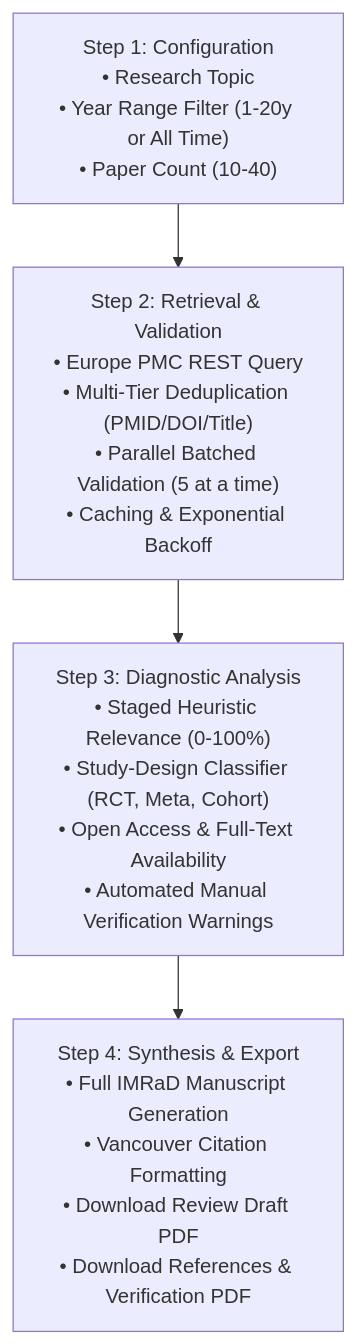
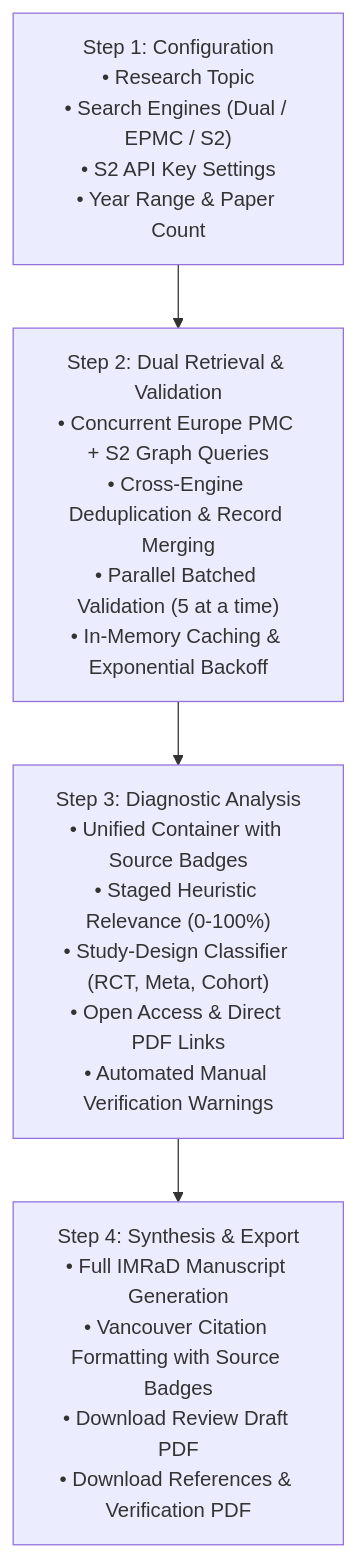
The diagram in README.md (roroleaks/scidraft-ai), drawn with Mermaid before and after one commit. The commit also changed other lines of this file and 1 other file, not shown here.

Commit message:
feat: integrate Semantic Scholar (S2) dual search engine and unified cross-engine container

````diff
--- a/README.md
+++ b/README.md
@@ -29,6 +32,6 @@
 ```mermaid
 flowchart TD
-    A["Step 1: Configuration<br/>• Research Topic<br/>• Year Range Filter (1-20y or All Time)<br/>• Paper Count (10-40)"] --> B["Step 2: Retrieval & Validation<br/>• Europe PMC REST Query<br/>• Multi-Tier Deduplication (PMID/DOI/Title)<br/>• Parallel Batched Validation (5 at a time)<br/>• Caching & Exponential Backoff"]
-    B --> C["Step 3: Diagnostic Analysis<br/>• Staged Heuristic Relevance (0-100%)<br/>• Study-Design Classifier (RCT, Meta, Cohort)<br/>• Open Access & Full-Text Availability<br/>• Automated Manual Verification Warnings"]
-    C --> D["Step 4: Synthesis & Export<br/>• Full IMRaD Manuscript Generation<br/>• Vancouver Citation Formatting<br/>• Download Review Draft PDF<br/>• Download References & Verification PDF"]
+    A["Step 1: Configuration<br/>• Research Topic<br/>• Search Engines (Dual / EPMC / S2)<br/>• S2 API Key Settings<br/>• Year Range & Paper Count"] --> B["Step 2: Dual Retrieval & Validation<br/>• Concurrent Europe PMC + S2 Graph Queries<br/>• Cross-Engine Deduplication & Record Merging<br/>• Parallel Batched Validation (5 at a time)<br/>• In-Memory Caching & Exponential Backoff"]
+    B --> C["Step 3: Diagnostic Analysis<br/>• Unified Container with Source Badges<br/>• Staged Heuristic Relevance (0-100%)<br/>• Study-Design Classifier (RCT, Meta, Cohort)<br/>• Open Access & Direct PDF Links<br/>• Automated Manual Verification Warnings"]
+    C --> D["Step 4: Synthesis & Export<br/>• Full IMRaD Manuscript Generation<br/>• Vancouver Citation Formatting with Source Badges<br/>• Download Review Draft PDF<br/>• Download References & Verification PDF"]
 ```
````
